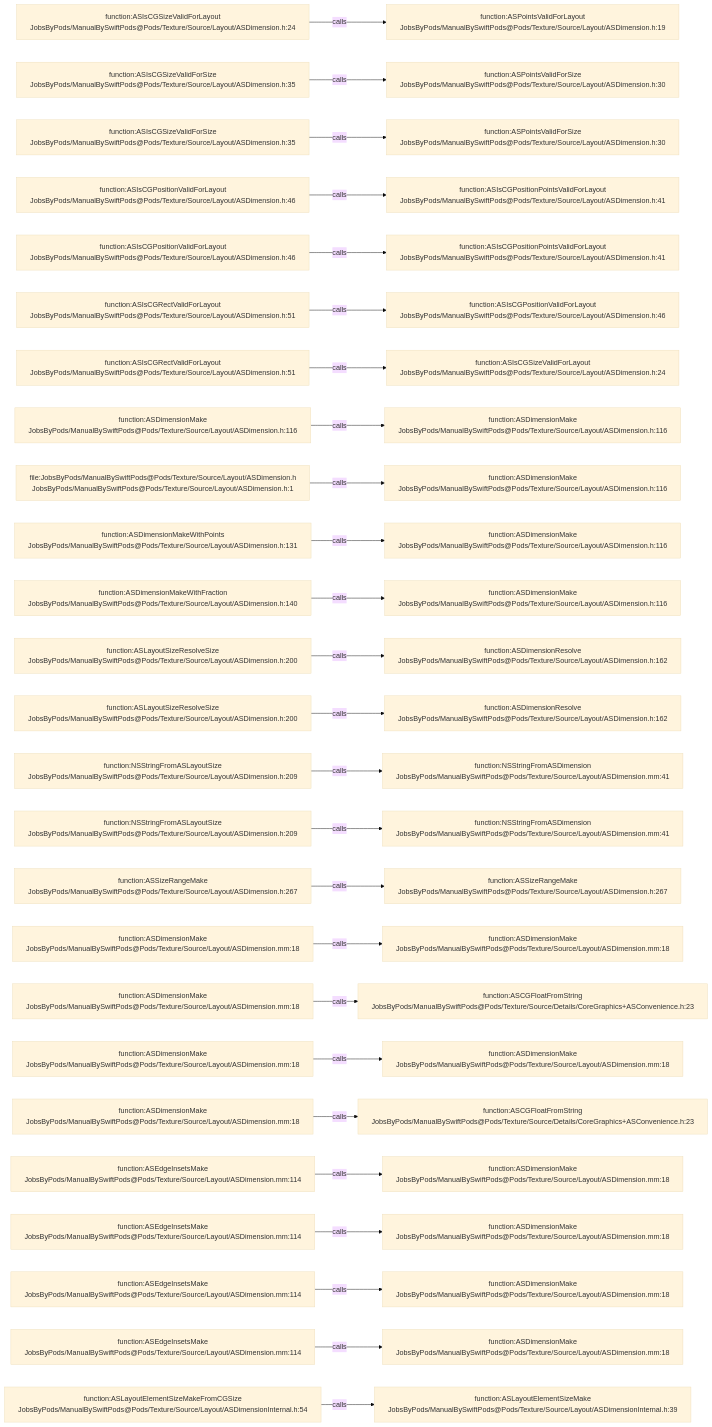
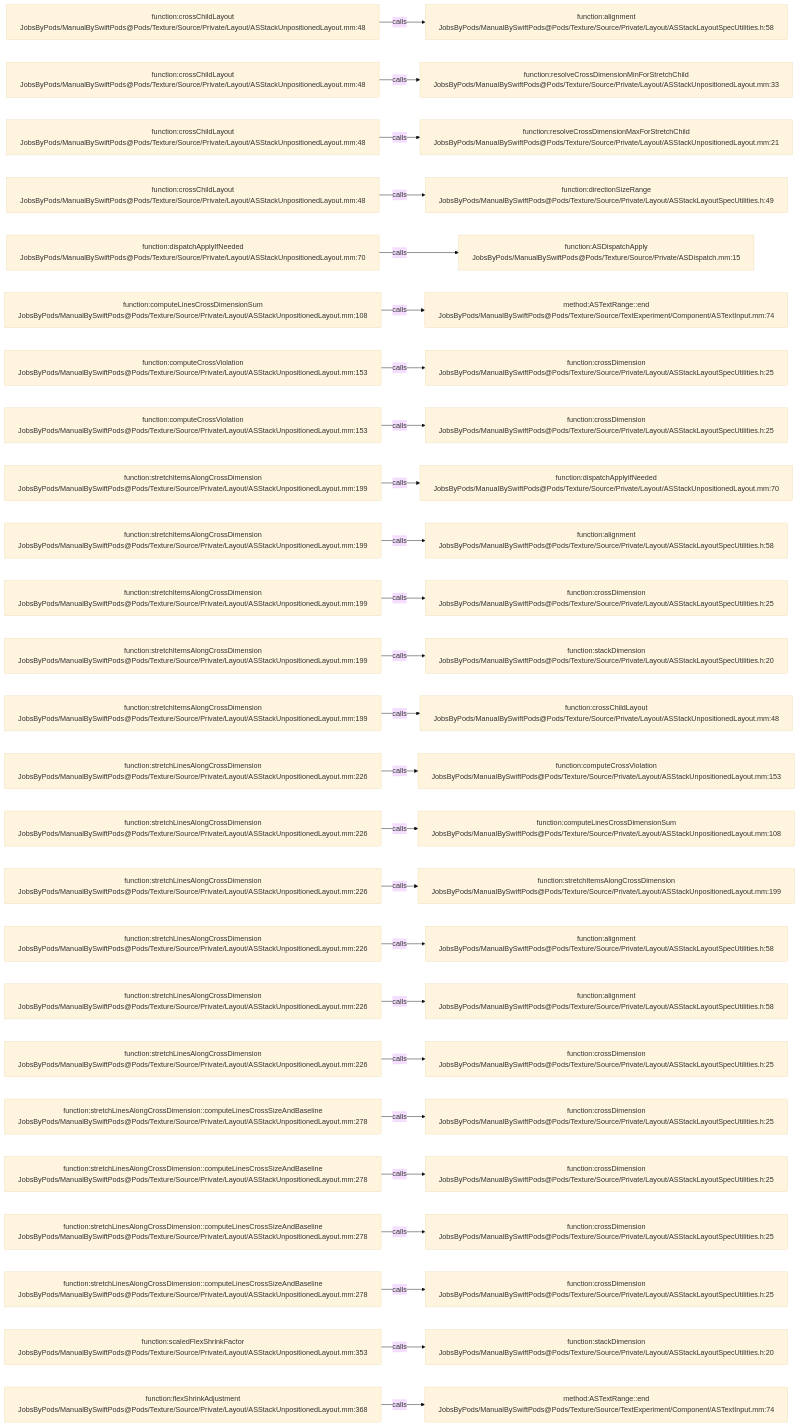
Before and after one commit to JobsKits/JobsSwiftBaseConfigDemo: the diagram in .codegraph/codegraph.md/graphs/calls-125.md, drawn with Mermaid (base theme). The commit also changed 832 other files, not shown here.

````diff
--- a/.codegraph/codegraph.md/graphs/calls-125.md
+++ b/.codegraph/codegraph.md/graphs/calls-125.md
@@ -13,78 +13,78 @@
 ```mermaid
 flowchart LR
-  S1["function:ASIsCGSizeValidForLayout<br/>JobsByPods/ManualBySwiftPods@Pods/Texture/Source/Layout/ASDimension.h:24"]
-  T1["function:ASPointsValidForLayout<br/>JobsByPods/ManualBySwiftPods@Pods/Texture/Source/Layout/ASDimension.h:19"]
+  S1["function:crossChildLayout<br/>JobsByPods/ManualBySwiftPods@Pods/Texture/Source/Private/Layout/ASStackUnpositionedLayout.mm:48"]
+  T1["function:alignment<br/>JobsByPods/ManualBySwiftPods@Pods/Texture/Source/Private/Layout/ASStackLayoutSpecUtilities.h:58"]
   S1 -->|calls| T1
-  S2["function:ASIsCGSizeValidForSize<br/>JobsByPods/ManualBySwiftPods@Pods/Texture/Source/Layout/ASDimension.h:35"]
-  T2["function:ASPointsValidForSize<br/>JobsByPods/ManualBySwiftPods@Pods/Texture/Source/Layout/ASDimension.h:30"]
+  S2["function:crossChildLayout<br/>JobsByPods/ManualBySwiftPods@Pods/Texture/Source/Private/Layout/ASStackUnpositionedLayout.mm:48"]
+  T2["function:resolveCrossDimensionMinForStretchChild<br/>JobsByPods/ManualBySwiftPods@Pods/Texture/Source/Private/Layout/ASStackUnpositionedLayout.mm:33"]
   S2 -->|calls| T2
-  S3["function:ASIsCGSizeValidForSize<br/>JobsByPods/ManualBySwiftPods@Pods/Texture/Source/Layout/ASDimension.h:35"]
-  T3["function:ASPointsValidForSize<br/>JobsByPods/ManualBySwiftPods@Pods/Texture/Source/Layout/ASDimension.h:30"]
+  S3["function:crossChildLayout<br/>JobsByPods/ManualBySwiftPods@Pods/Texture/Source/Private/Layout/ASStackUnpositionedLayout.mm:48"]
+  T3["function:resolveCrossDimensionMaxForStretchChild<br/>JobsByPods/ManualBySwiftPods@Pods/Texture/Source/Private/Layout/ASStackUnpositionedLayout.mm:21"]
   S3 -->|calls| T3
-  S4["function:ASIsCGPositionValidForLayout<br/>JobsByPods/ManualBySwiftPods@Pods/Texture/Source/Layout/ASDimension.h:46"]
-  T4["function:ASIsCGPositionPointsValidForLayout<br/>JobsByPods/ManualBySwiftPods@Pods/Texture/Source/Layout/ASDimension.h:41"]
+  S4["function:crossChildLayout<br/>JobsByPods/ManualBySwiftPods@Pods/Texture/Source/Private/Layout/ASStackUnpositionedLayout.mm:48"]
+  T4["function:directionSizeRange<br/>JobsByPods/ManualBySwiftPods@Pods/Texture/Source/Private/Layout/ASStackLayoutSpecUtilities.h:49"]
   S4 -->|calls| T4
-  S5["function:ASIsCGPositionValidForLayout<br/>JobsByPods/ManualBySwiftPods@Pods/Texture/Source/Layout/ASDimension.h:46"]
-  T5["function:ASIsCGPositionPointsValidForLayout<br/>JobsByPods/ManualBySwiftPods@Pods/Texture/Source/Layout/ASDimension.h:41"]
+  S5["function:dispatchApplyIfNeeded<br/>JobsByPods/ManualBySwiftPods@Pods/Texture/Source/Private/Layout/ASStackUnpositionedLayout.mm:70"]
+  T5["function:ASDispatchApply<br/>JobsByPods/ManualBySwiftPods@Pods/Texture/Source/Private/ASDispatch.mm:15"]
   S5 -->|calls| T5
-  S6["function:ASIsCGRectValidForLayout<br/>JobsByPods/ManualBySwiftPods@Pods/Texture/Source/Layout/ASDimension.h:51"]
-  T6["function:ASIsCGPositionValidForLayout<br/>JobsByPods/ManualBySwiftPods@Pods/Texture/Source/Layout/ASDimension.h:46"]
+  S6["function:computeLinesCrossDimensionSum<br/>JobsByPods/ManualBySwiftPods@Pods/Texture/Source/Private/Layout/ASStackUnpositionedLayout.mm:108"]
+  T6["method:ASTextRange::end<br/>JobsByPods/ManualBySwiftPods@Pods/Texture/Source/TextExperiment/Component/ASTextInput.mm:74"]
   S6 -->|calls| T6
-  S7["function:ASIsCGRectValidForLayout<br/>JobsByPods/ManualBySwiftPods@Pods/Texture/Source/Layout/ASDimension.h:51"]
-  T7["function:ASIsCGSizeValidForLayout<br/>JobsByPods/ManualBySwiftPods@Pods/Texture/Source/Layout/ASDimension.h:24"]
+  S7["function:computeCrossViolation<br/>JobsByPods/ManualBySwiftPods@Pods/Texture/Source/Private/Layout/ASStackUnpositionedLayout.mm:153"]
+  T7["function:crossDimension<br/>JobsByPods/ManualBySwiftPods@Pods/Texture/Source/Private/Layout/ASStackLayoutSpecUtilities.h:25"]
   S7 -->|calls| T7
-  S8["function:ASDimensionMake<br/>JobsByPods/ManualBySwiftPods@Pods/Texture/Source/Layout/ASDimension.h:116"]
-  T8["function:ASDimensionMake<br/>JobsByPods/ManualBySwiftPods@Pods/Texture/Source/Layout/ASDimension.h:116"]
+  S8["function:computeCrossViolation<br/>JobsByPods/ManualBySwiftPods@Pods/Texture/Source/Private/Layout/ASStackUnpositionedLayout.mm:153"]
+  T8["function:crossDimension<br/>JobsByPods/ManualBySwiftPods@Pods/Texture/Source/Private/Layout/ASStackLayoutSpecUtilities.h:25"]
   S8 -->|calls| T8
-  S9["file:JobsByPods/ManualBySwiftPods@Pods/Texture/Source/Layout/ASDimension.h<br/>JobsByPods/ManualBySwiftPods@Pods/Texture/Source/Layout/ASDimension.h:1"]
-  T9["function:ASDimensionMake<br/>JobsByPods/ManualBySwiftPods@Pods/Texture/Source/Layout/ASDimension.h:116"]
+  S9["function:stretchItemsAlongCrossDimension<br/>JobsByPods/ManualBySwiftPods@Pods/Texture/Source/Private/Layout/ASStackUnpositionedLayout.mm:199"]
+  T9["function:dispatchApplyIfNeeded<br/>JobsByPods/ManualBySwiftPods@Pods/Texture/Source/Private/Layout/ASStackUnpositionedLayout.mm:70"]
   S9 -->|calls| T9
-  S10["function:ASDimensionMakeWithPoints<br/>JobsByPods/ManualBySwiftPods@Pods/Texture/Source/Layout/ASDimension.h:131"]
-  T10["function:ASDimensionMake<br/>JobsByPods/ManualBySwiftPods@Pods/Texture/Source/Layout/ASDimension.h:116"]
+  S10["function:stretchItemsAlongCrossDimension<br/>JobsByPods/ManualBySwiftPods@Pods/Texture/Source/Private/Layout/ASStackUnpositionedLayout.mm:199"]
+  T10["function:alignment<br/>JobsByPods/ManualBySwiftPods@Pods/Texture/Source/Private/Layout/ASStackLayoutSpecUtilities.h:58"]
   S10 -->|calls| T10
-  S11["function:ASDimensionMakeWithFraction<br/>JobsByPods/ManualBySwiftPods@Pods/Texture/Source/Layout/ASDimension.h:140"]
-  T11["function:ASDimensionMake<br/>JobsByPods/ManualBySwiftPods@Pods/Texture/Source/Layout/ASDimension.h:116"]
+  S11["function:stretchItemsAlongCrossDimension<br/>JobsByPods/ManualBySwiftPods@Pods/Texture/Source/Private/Layout/ASStackUnpositionedLayout.mm:199"]
+  T11["function:crossDimension<br/>JobsByPods/ManualBySwiftPods@Pods/Texture/Source/Private/Layout/ASStackLayoutSpecUtilities.h:25"]
   S11 -->|calls| T11
-  S12["function:ASLayoutSizeResolveSize<br/>JobsByPods/ManualBySwiftPods@Pods/Texture/Source/Layout/ASDimension.h:200"]
-  T12["function:ASDimensionResolve<br/>JobsByPods/ManualBySwiftPods@Pods/Texture/Source/Layout/ASDimension.h:162"]
+  S12["function:stretchItemsAlongCrossDimension<br/>JobsByPods/ManualBySwiftPods@Pods/Texture/Source/Private/Layout/ASStackUnpositionedLayout.mm:199"]
+  T12["function:stackDimension<br/>JobsByPods/ManualBySwiftPods@Pods/Texture/Source/Private/Layout/ASStackLayoutSpecUtilities.h:20"]
   S12 -->|calls| T12
-  S13["function:ASLayoutSizeResolveSize<br/>JobsByPods/ManualBySwiftPods@Pods/Texture/Source/Layout/ASDimension.h:200"]
-  T13["function:ASDimensionResolve<br/>JobsByPods/ManualBySwiftPods@Pods/Texture/Source/Layout/ASDimension.h:162"]
+  S13["function:stretchItemsAlongCrossDimension<br/>JobsByPods/ManualBySwiftPods@Pods/Texture/Source/Private/Layout/ASStackUnpositionedLayout.mm:199"]
+  T13["function:crossChildLayout<br/>JobsByPods/ManualBySwiftPods@Pods/Texture/Source/Private/Layout/ASStackUnpositionedLayout.mm:48"]
   S13 -->|calls| T13
-  S14["function:NSStringFromASLayoutSize<br/>JobsByPods/ManualBySwiftPods@Pods/Texture/Source/Layout/ASDimension.h:209"]
-  T14["function:NSStringFromASDimension<br/>JobsByPods/ManualBySwiftPods@Pods/Texture/Source/Layout/ASDimension.mm:41"]
+  S14["function:stretchLinesAlongCrossDimension<br/>JobsByPods/ManualBySwiftPods@Pods/Texture/Source/Private/Layout/ASStackUnpositionedLayout.mm:226"]
+  T14["function:computeCrossViolation<br/>JobsByPods/ManualBySwiftPods@Pods/Texture/Source/Private/Layout/ASStackUnpositionedLayout.mm:153"]
   S14 -->|calls| T14
-  S15["function:NSStringFromASLayoutSize<br/>JobsByPods/ManualBySwiftPods@Pods/Texture/Source/Layout/ASDimension.h:209"]
-  T15["function:NSStringFromASDimension<br/>JobsByPods/ManualBySwiftPods@Pods/Texture/Source/Layout/ASDimension.mm:41"]
+  S15["function:stretchLinesAlongCrossDimension<br/>JobsByPods/ManualBySwiftPods@Pods/Texture/Source/Private/Layout/ASStackUnpositionedLayout.mm:226"]
+  T15["function:computeLinesCrossDimensionSum<br/>JobsByPods/ManualBySwiftPods@Pods/Texture/Source/Private/Layout/ASStackUnpositionedLayout.mm:108"]
   S15 -->|calls| T15
-  S16["function:ASSizeRangeMake<br/>JobsByPods/ManualBySwiftPods@Pods/Texture/Source/Layout/ASDimension.h:267"]
-  T16["function:ASSizeRangeMake<br/>JobsByPods/ManualBySwiftPods@Pods/Texture/Source/Layout/ASDimension.h:267"]
+  S16["function:stretchLinesAlongCrossDimension<br/>JobsByPods/ManualBySwiftPods@Pods/Texture/Source/Private/Layout/ASStackUnpositionedLayout.mm:226"]
+  T16["function:stretchItemsAlongCrossDimension<br/>JobsByPods/ManualBySwiftPods@Pods/Texture/Source/Private/Layout/ASStackUnpositionedLayout.mm:199"]
   S16 -->|calls| T16
-  S17["function:ASDimensionMake<br/>JobsByPods/ManualBySwiftPods@Pods/Texture/Source/Layout/ASDimension.mm:18"]
-  T17["function:ASDimensionMake<br/>JobsByPods/ManualBySwiftPods@Pods/Texture/Source/Layout/ASDimension.mm:18"]
+  S17["function:stretchLinesAlongCrossDimension<br/>JobsByPods/ManualBySwiftPods@Pods/Texture/Source/Private/Layout/ASStackUnpositionedLayout.mm:226"]
+  T17["function:alignment<br/>JobsByPods/ManualBySwiftPods@Pods/Texture/Source/Private/Layout/ASStackLayoutSpecUtilities.h:58"]
   S17 -->|calls| T17
-  S18["function:ASDimensionMake<br/>JobsByPods/ManualBySwiftPods@Pods/Texture/Source/Layout/ASDimension.mm:18"]
-  T18["function:ASCGFloatFromString<br/>JobsByPods/ManualBySwiftPods@Pods/Texture/Source/Details/CoreGraphics+ASConvenience.h:23"]
+  S18["function:stretchLinesAlongCrossDimension<br/>JobsByPods/ManualBySwiftPods@Pods/Texture/Source/Private/Layout/ASStackUnpositionedLayout.mm:226"]
+  T18["function:alignment<br/>JobsByPods/ManualBySwiftPods@Pods/Texture/Source/Private/Layout/ASStackLayoutSpecUtilities.h:58"]
   S18 -->|calls| T18
-  S19["function:ASDimensionMake<br/>JobsByPods/ManualBySwiftPods@Pods/Texture/Source/Layout/ASDimension.mm:18"]
-  T19["function:ASDimensionMake<br/>JobsByPods/ManualBySwiftPods@Pods/Texture/Source/Layout/ASDimension.mm:18"]
+  S19["function:stretchLinesAlongCrossDimension<br/>JobsByPods/ManualBySwiftPods@Pods/Texture/Source/Private/Layout/ASStackUnpositionedLayout.mm:226"]
+  T19["function:crossDimension<br/>JobsByPods/ManualBySwiftPods@Pods/Texture/Source/Private/Layout/ASStackLayoutSpecUtilities.h:25"]
   S19 -->|calls| T19
-  S20["function:ASDimensionMake<br/>JobsByPods/ManualBySwiftPods@Pods/Texture/Source/Layout/ASDimension.mm:18"]
-  T20["function:ASCGFloatFromString<br/>JobsByPods/ManualBySwiftPods@Pods/Texture/Source/Details/CoreGraphics+ASConvenience.h:23"]
+  S20["function:stretchLinesAlongCrossDimension::computeLinesCrossSizeAndBaseline<br/>JobsByPods/ManualBySwiftPods@Pods/Texture/Source/Private/Layout/ASStackUnpositionedLayout.mm:278"]
+  T20["function:crossDimension<br/>JobsByPods/ManualBySwiftPods@Pods/Texture/Source/Private/Layout/ASStackLayoutSpecUtilities.h:25"]
   S20 -->|calls| T20
-  S21["function:ASEdgeInsetsMake<br/>JobsByPods/ManualBySwiftPods@Pods/Texture/Source/Layout/ASDimension.mm:114"]
-  T21["function:ASDimensionMake<br/>JobsByPods/ManualBySwiftPods@Pods/Texture/Source/Layout/ASDimension.mm:18"]
+  S21["function:stretchLinesAlongCrossDimension::computeLinesCrossSizeAndBaseline<br/>JobsByPods/ManualBySwiftPods@Pods/Texture/Source/Private/Layout/ASStackUnpositionedLayout.mm:278"]
+  T21["function:crossDimension<br/>JobsByPods/ManualBySwiftPods@Pods/Texture/Source/Private/Layout/ASStackLayoutSpecUtilities.h:25"]
   S21 -->|calls| T21
-  S22["function:ASEdgeInsetsMake<br/>JobsByPods/ManualBySwiftPods@Pods/Texture/Source/Layout/ASDimension.mm:114"]
-  T22["function:ASDimensionMake<br/>JobsByPods/ManualBySwiftPods@Pods/Texture/Source/Layout/ASDimension.mm:18"]
+  S22["function:stretchLinesAlongCrossDimension::computeLinesCrossSizeAndBaseline<br/>JobsByPods/ManualBySwiftPods@Pods/Texture/Source/Private/Layout/ASStackUnpositionedLayout.mm:278"]
+  T22["function:crossDimension<br/>JobsByPods/ManualBySwiftPods@Pods/Texture/Source/Private/Layout/ASStackLayoutSpecUtilities.h:25"]
   S22 -->|calls| T22
-  S23["function:ASEdgeInsetsMake<br/>JobsByPods/ManualBySwiftPods@Pods/Texture/Source/Layout/ASDimension.mm:114"]
-  T23["function:ASDimensionMake<br/>JobsByPods/ManualBySwiftPods@Pods/Texture/Source/Layout/ASDimension.mm:18"]
+  S23["function:stretchLinesAlongCrossDimension::computeLinesCrossSizeAndBaseline<br/>JobsByPods/ManualBySwiftPods@Pods/Texture/Source/Private/Layout/ASStackUnpositionedLayout.mm:278"]
+  T23["function:crossDimension<br/>JobsByPods/ManualBySwiftPods@Pods/Texture/Source/Private/Layout/ASStackLayoutSpecUtilities.h:25"]
   S23 -->|calls| T23
-  S24["function:ASEdgeInsetsMake<br/>JobsByPods/ManualBySwiftPods@Pods/Texture/Source/Layout/ASDimension.mm:114"]
-  T24["function:ASDimensionMake<br/>JobsByPods/ManualBySwiftPods@Pods/Texture/Source/Layout/ASDimension.mm:18"]
+  S24["function:scaledFlexShrinkFactor<br/>JobsByPods/ManualBySwiftPods@Pods/Texture/Source/Private/Layout/ASStackUnpositionedLayout.mm:353"]
+  T24["function:stackDimension<br/>JobsByPods/ManualBySwiftPods@Pods/Texture/Source/Private/Layout/ASStackLayoutSpecUtilities.h:20"]
   S24 -->|calls| T24
-  S25["function:ASLayoutElementSizeMakeFromCGSize<br/>JobsByPods/ManualBySwiftPods@Pods/Texture/Source/Layout/ASDimensionInternal.h:54"]
-  T25["function:ASLayoutElementSizeMake<br/>JobsByPods/ManualBySwiftPods@Pods/Texture/Source/Layout/ASDimensionInternal.h:39"]
+  S25["function:flexShrinkAdjustment<br/>JobsByPods/ManualBySwiftPods@Pods/Texture/Source/Private/Layout/ASStackUnpositionedLayout.mm:368"]
+  T25["method:ASTextRange::end<br/>JobsByPods/ManualBySwiftPods@Pods/Texture/Source/TextExperiment/Component/ASTextInput.mm:74"]
   S25 -->|calls| T25
 ```
````
